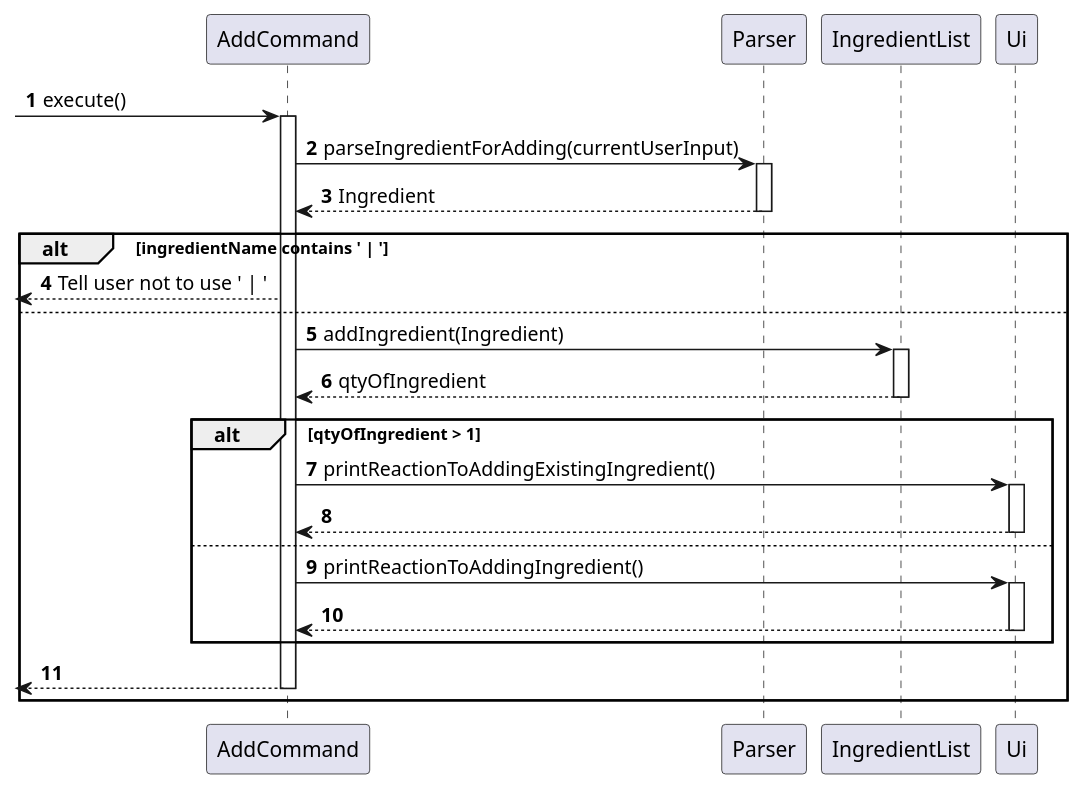
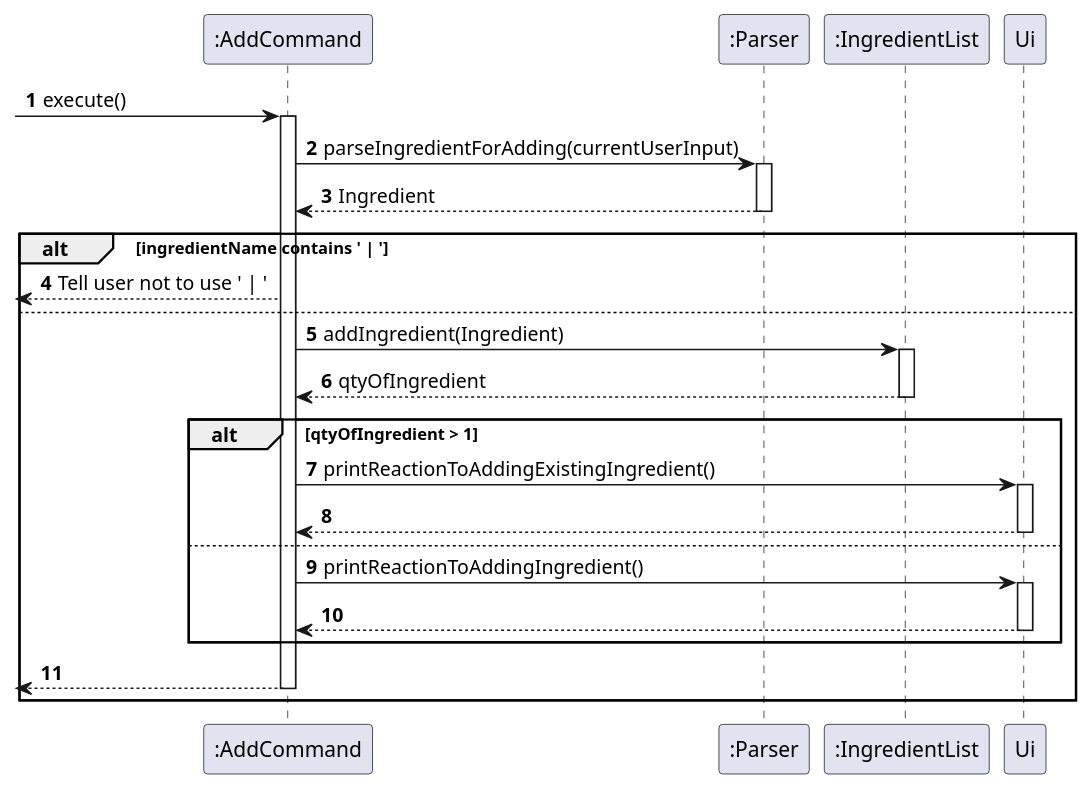
One commit to uosjapuelks/tp changed the diagram in docs/umlDiagrams/AddSequence.puml. Above: the diagram before and after it, drawn with PlantUML.

Commit message:
included ":class" in add sequence.

```diff
--- a/docs/umlDiagrams/AddSequence.puml
+++ b/docs/umlDiagrams/AddSequence.puml
@@ -1,46 +1,46 @@
 @startuml
 'https://plantuml.com/sequence-diagram
 
 autonumber
 
--> AddCommand: execute()
-activate AddCommand
+-> ":AddCommand": execute()
+activate ":AddCommand"
 
-AddCommand -> Parser: parseIngredientForAdding(currentUserInput)
-activate Parser
-AddCommand <-- Parser: Ingredient
-deactivate Parser
+":AddCommand" -> ":Parser": parseIngredientForAdding(currentUserInput)
+activate ":Parser"
+":AddCommand" <-- ":Parser": Ingredient
+deactivate ":Parser"
 
 alt ingredientName contains ' | '
 
-    <-- AddCommand: Tell user not to use ' | '
+    <-- ":AddCommand": Tell user not to use ' | '
 
 else
 
-    AddCommand -> IngredientList: addIngredient(Ingredient)
-    activate IngredientList
+    ":AddCommand" -> ":IngredientList": addIngredient(Ingredient)
+    activate ":IngredientList"
 
-    AddCommand <-- IngredientList: qtyOfIngredient
-    deactivate IngredientList
+    ":AddCommand" <-- ":IngredientList": qtyOfIngredient
+    deactivate ":IngredientList"
 
     alt qtyOfIngredient > 1
 
-        AddCommand -> Ui: printReactionToAddingExistingIngredient()
+        ":AddCommand" -> Ui: printReactionToAddingExistingIngredient()
         activate Ui
-        AddCommand <-- Ui
+        ":AddCommand" <-- Ui
         deactivate Ui
 
     else
-        AddCommand -> Ui: printReactionToAddingIngredient()
+        ":AddCommand" -> Ui: printReactionToAddingIngredient()
         activate Ui
-        AddCommand <-- Ui
+        ":AddCommand" <-- Ui
         deactivate Ui
 
     end
 
-    <-- AddCommand
-    deactivate AddCommand
+    <-- ":AddCommand"
+    deactivate ":AddCommand"
 end
 
 
 @enduml
```
